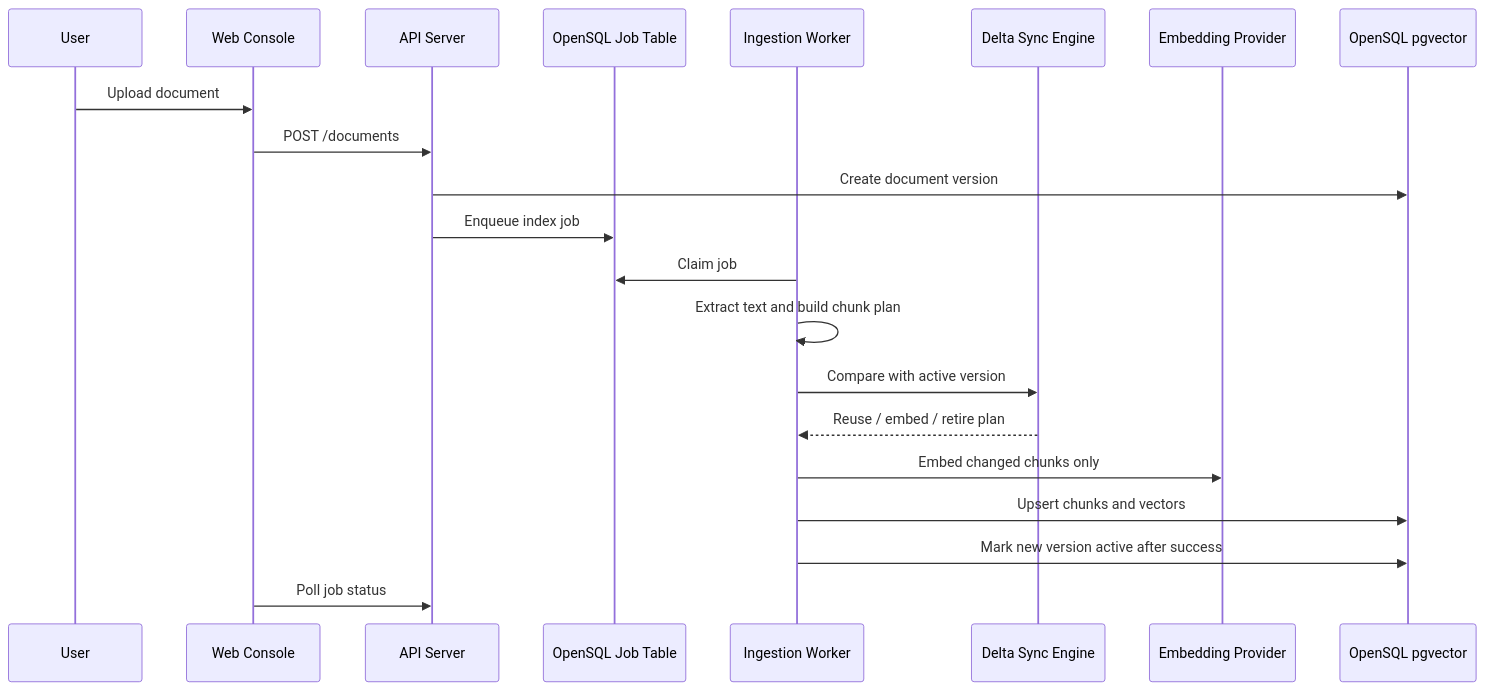
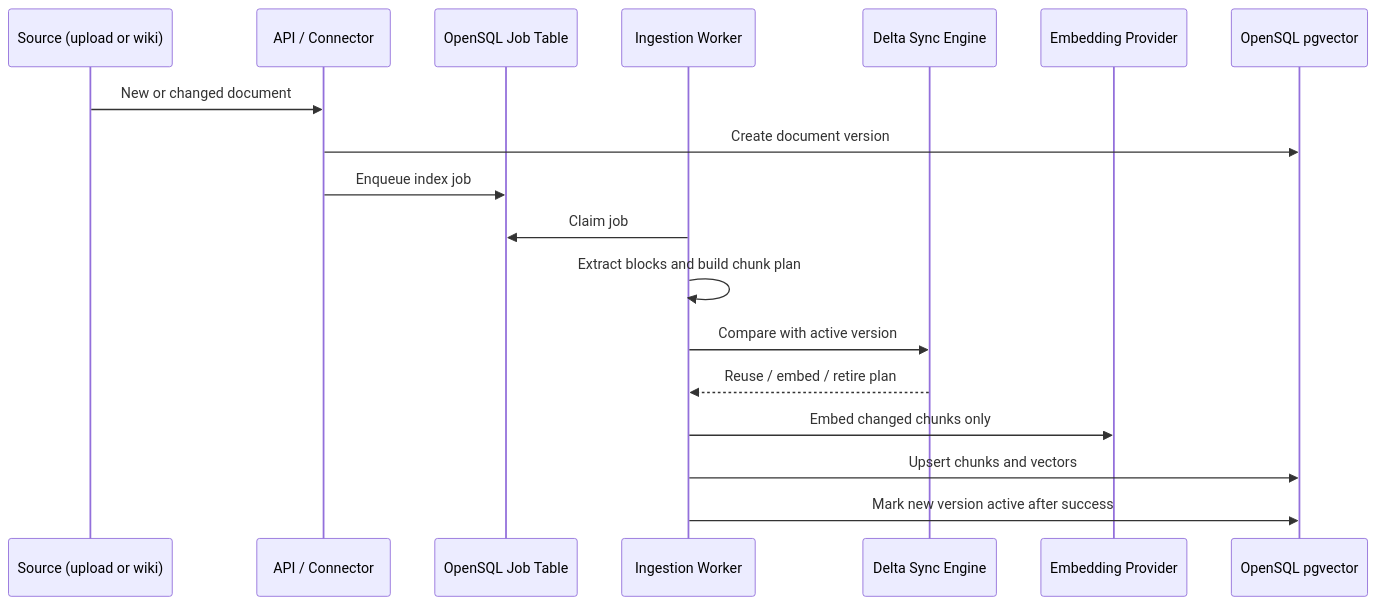
Before and after one commit to AngryCatKR96/opensql-autorag: the second of 2 diagrams in docs/superpowers/specs/2026-07-04-opensql-autorag-sync-design.md, drawn with Mermaid. The commit also changed other lines of this file and 1 other file, not shown here.

````diff
--- a/docs/superpowers/specs/2026-07-04-opensql-autorag-sync-design.md
+++ b/docs/superpowers/specs/2026-07-04-opensql-autorag-sync-design.md
@@ -116,24 +136,21 @@
 ```mermaid
 sequenceDiagram
-    participant U as User
-    participant W as Web Console
-    participant A as API Server
+    participant S as Source (upload or wiki)
+    participant A as API / Connector
     participant Q as OpenSQL Job Table
     participant I as Ingestion Worker
     participant D as Delta Sync Engine
     participant E as Embedding Provider
     participant O as OpenSQL pgvector
 
-    U->>W: Upload document
-    W->>A: POST /documents
+    S->>A: New or changed document
     A->>O: Create document version
     A->>Q: Enqueue index job
     I->>Q: Claim job
-    I->>I: Extract text and build chunk plan
+    I->>I: Extract blocks and build chunk plan
     I->>D: Compare with active version
     D-->>I: Reuse / embed / retire plan
     I->>E: Embed changed chunks only
     I->>O: Upsert chunks and vectors
     I->>O: Mark new version active after success
-    W->>A: Poll job status
 ```
````
